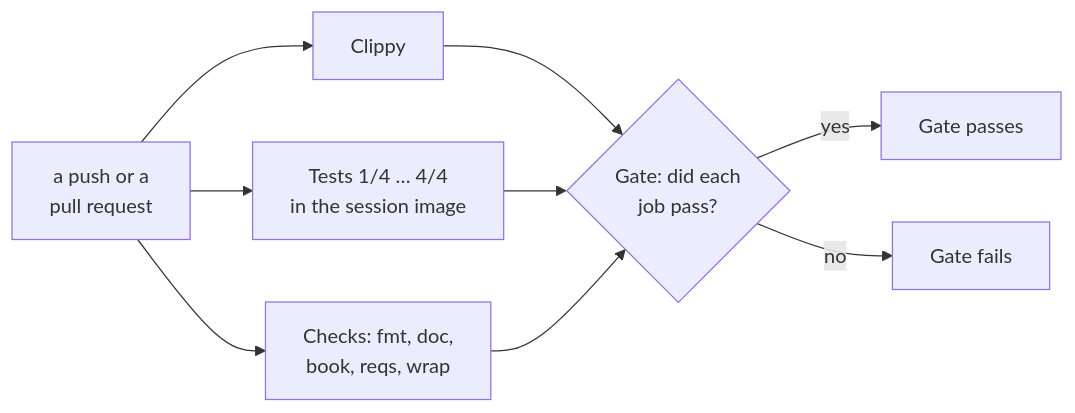
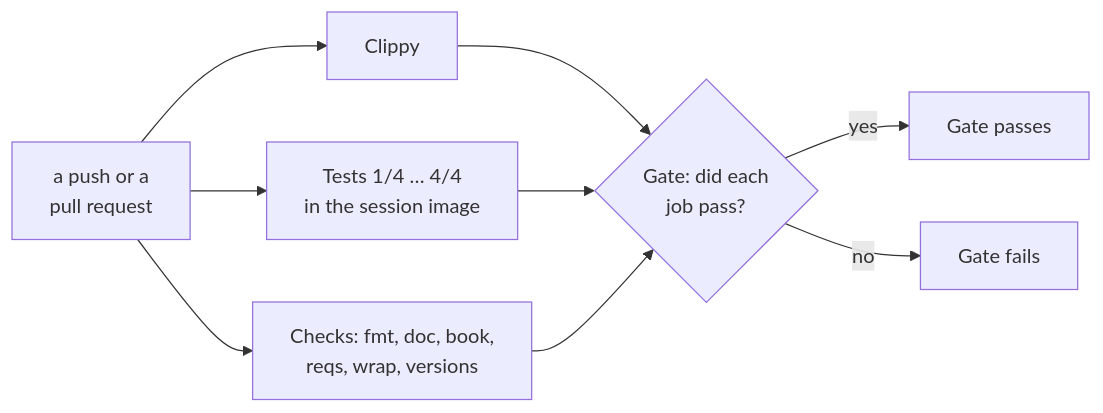
The third of 41 diagrams in docs/src/development.md (como-technologies/riff), drawn with Mermaid before and after one commit. The commit also changed other lines of this file and 43 other files, not shown here.

````diff
--- a/docs/src/development.md
+++ b/docs/src/development.md
@@ -147,11 +147,11 @@
 ```mermaid
 flowchart LR
     P["a push or a<br/>pull request"] --> C["Clippy"]
     P --> T["Tests 1/4 … 4/4<br/>in the session image"]
-    P --> K["Checks: fmt, doc,<br/>book, reqs, wrap"]
+    P --> K["Checks: fmt, doc, book,<br/>reqs, wrap, versions"]
     C --> G{"Gate: did each<br/>job pass?"}
     T --> G
     K --> G
     G -- yes --> S["Gate passes"]
     G -- no --> F["Gate fails"]
 ```
````
